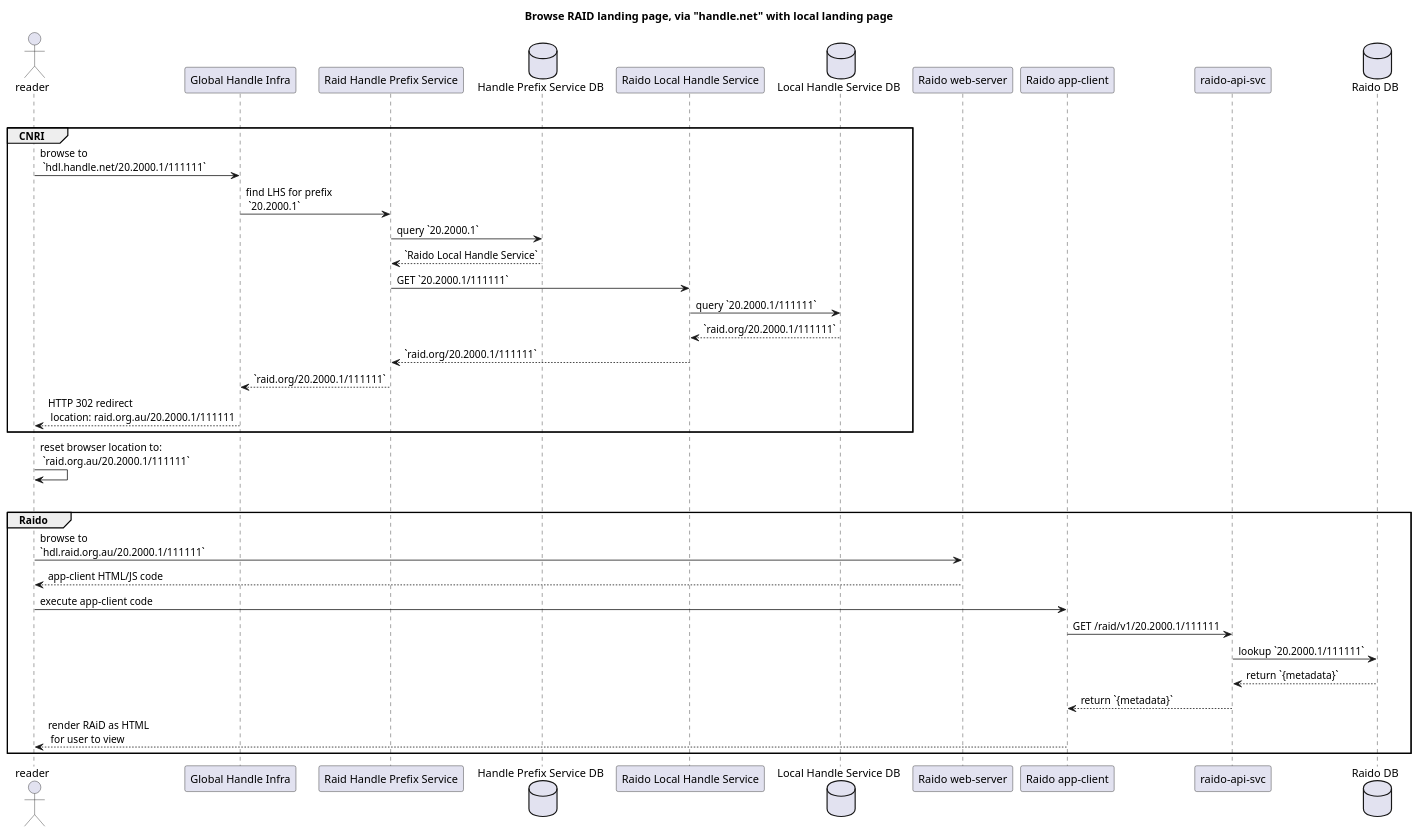
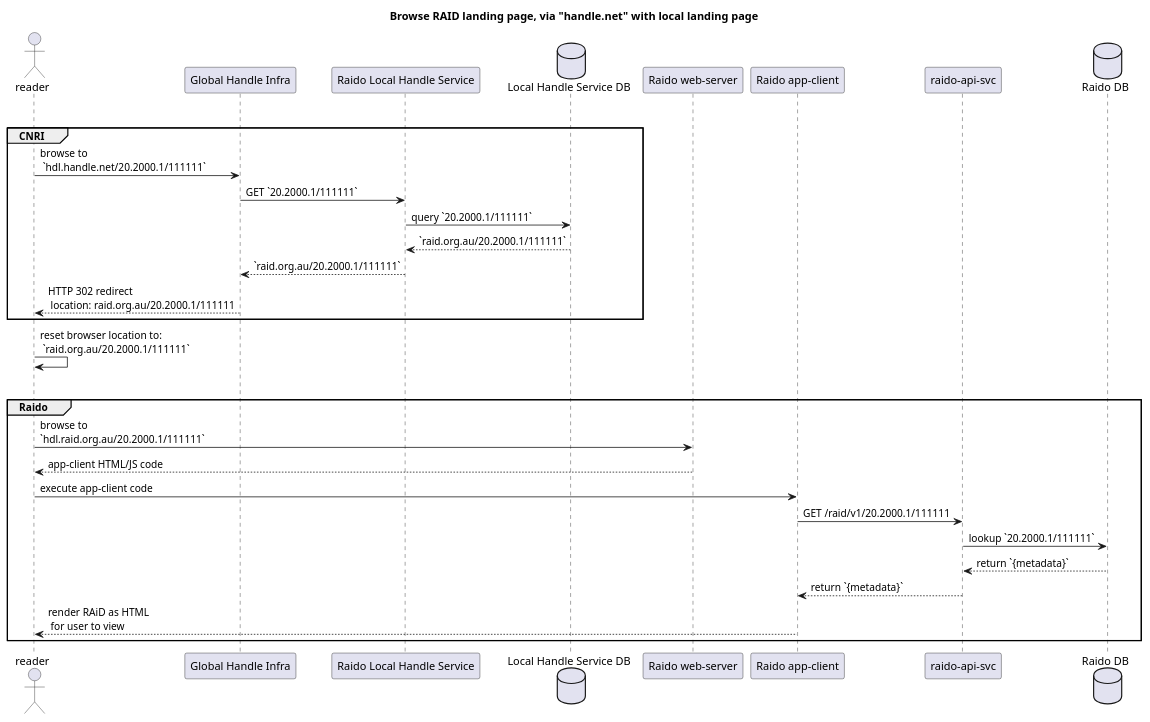
Before and after one commit to au-research/raido: the diagram in doc/architecture/cnri-handle/browse-raid-via-cnri-raido-landing.plantuml, drawn with PlantUML. The commit also changed 3 other files, not shown here.

```diff
--- a/doc/architecture/cnri-handle/browse-raid-via-cnri-raido-landing.plantuml
+++ b/doc/architecture/cnri-handle/browse-raid-via-cnri-raido-landing.plantuml
@@ -1,47 +1,41 @@
 @startuml
 title Browse RAID landing page, via "handle.net" with local landing page
 
 actor "reader" as reader
 
 participant "Global Handle Infra" as ghi
-participant "Raid Handle Prefix Service" as hps
-database "Handle Prefix Service DB" as hpsDb
 participant "Raido Local Handle Service" as lhs
 database "Local Handle Service DB" as lhsDb
 
 participant "Raido web-server" as raidoWeb
 participant "Raido app-client" as appClient
 
 participant "raido-api-svc" as raidoApi
 participant "raido-api-svc" as raidoApi
 database "Raido DB" as raidoDb
 
 
 alt handle.net
 group CNRI
 reader -> ghi: browse to\n `hdl.handle.net/20.2000.1/111111`
-ghi -> hps: find LHS for prefix\n `20.2000.1`
-hps -> hpsDb: query `20.2000.1`
-return `Raido Local Handle Service`
-hps -> lhs: GET `20.2000.1/111111`
+ghi -> lhs: GET `20.2000.1/111111`
 lhs -> lhsDb: query `20.2000.1/111111`
-return `raid.org/20.2000.1/111111`
-lhs --> hps: `raid.org/20.2000.1/111111`
-hps --> ghi: `raid.org/20.2000.1/111111`
+return `raid.org.au/20.2000.1/111111`
+lhs --> ghi: `raid.org.au/20.2000.1/111111`
 ghi --> reader: HTTP 302 redirect\n location: raid.org.au/20.2000.1/111111
 end
 reader -> reader : reset browser location to:\n `raid.org.au/20.2000.1/111111`
 
 alt
 group Raido
 reader -> raidoWeb: browse to \n`hdl.raid.org.au/20.2000.1/111111`
 return app-client HTML/JS code
 reader -> appClient: execute app-client code  
 appClient -> raidoApi: GET /raid/v1/20.2000.1/111111
 raidoApi -> raidoDb: lookup `20.2000.1/111111`
 raidoDb --> raidoApi: return `{metadata}`
 raidoApi --> appClient: return `{metadata}`
 appClient --> reader: render RAiD as HTML\n for user to view  
 end
  
 @enduml
```
